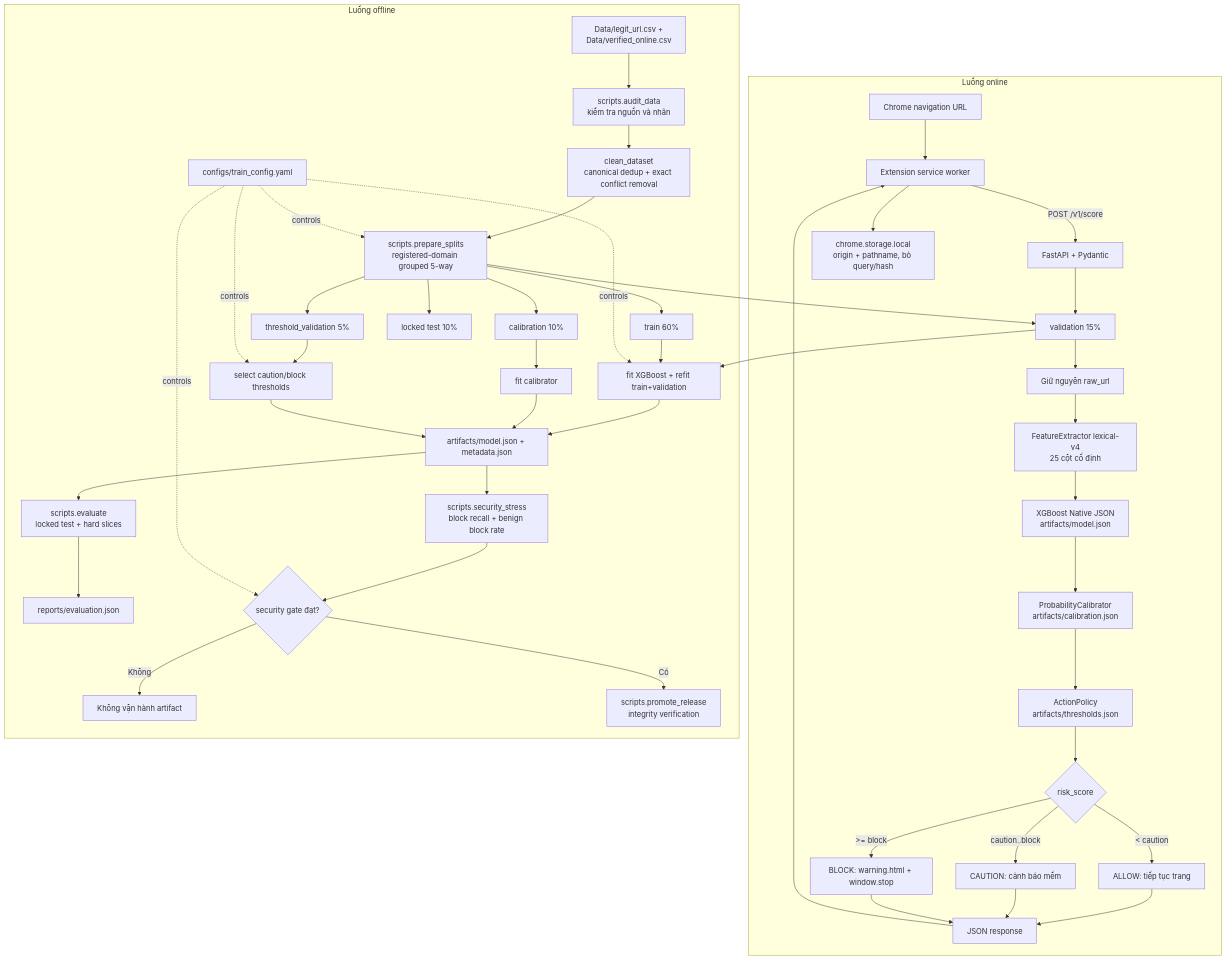
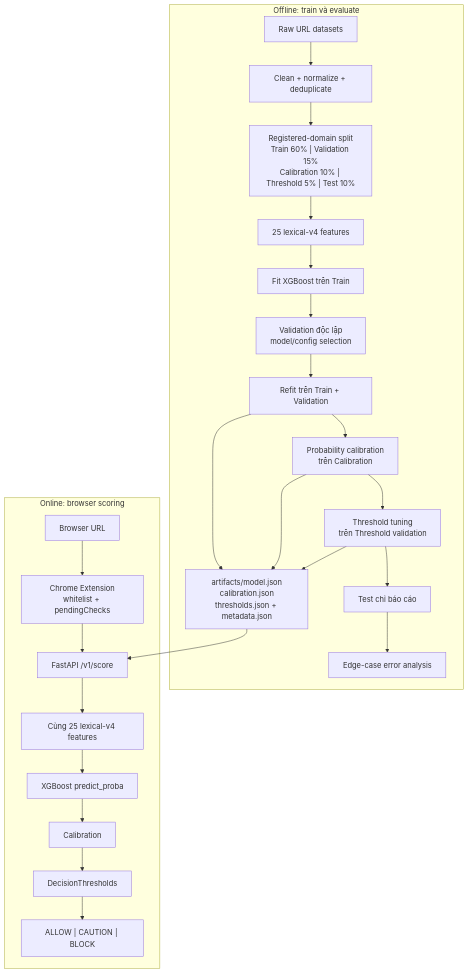
One commit to haminhthong/PhishGuard-Phishing-URL-Detection changed the diagram in README.md. Above: the diagram before and after it, drawn with Mermaid. The commit also changed other lines of this file and 26 other files, not shown here.

````diff
--- a/README.md
+++ b/README.md
@@ -32,50 +34,31 @@
 ```mermaid
 flowchart TD
-    subgraph ONLINE[Luồng online]
-        NAV[Chrome navigation URL] --> EXT[Extension service worker]
-        EXT -->|POST /v1/score| API[FastAPI + Pydantic]
-        API --> VALIDATE[HTTP/HTTPS, hostname, port, length]
-        VALIDATE --> RAW[Giữ nguyên raw_url]
-        RAW --> FEATURES[FeatureExtractor lexical-v4<br/>25 cột cố định]
-        FEATURES --> MODEL[XGBoost Native JSON<br/>artifacts/model.json]
-        MODEL --> CAL[ProbabilityCalibrator<br/>artifacts/calibration.json]
-        CAL --> POLICY[ActionPolicy<br/>artifacts/thresholds.json]
-        POLICY --> DECISION{risk_score}
-        DECISION -->|< caution| ALLOW[ALLOW: tiếp tục trang]
-        DECISION -->|caution..block| CAUTION[CAUTION: cảnh báo mềm]
-        DECISION -->|>= block| BLOCK[BLOCK: warning.html + window.stop]
-        ALLOW --> RESP[JSON response]
-        CAUTION --> RESP
-        BLOCK --> RESP
-        RESP --> EXT
-        EXT --> HISTORY[chrome.storage.local<br/>origin + pathname, bỏ query/hash]
+    subgraph OFFLINE["Offline: train và evaluate"]
+        RAW["Raw URL datasets"]
+        CLEAN["Clean + normalize + deduplicate"]
+        SPLIT["Registered-domain split<br/>Train 60% | Validation 15%<br/>Calibration 10% | Threshold 5% | Test 10%"]
+        FE["25 lexical-v4 features"]
+        FIT["Fit XGBoost trên Train"]
+        VAL["Validation độc lập<br/>model/config selection"]
+        REFIT["Refit trên Train + Validation"]
+        CAL["Probability calibration<br/>trên Calibration"]
+        TUNE["Threshold tuning<br/>trên Threshold validation"]
+        TEST["Test chỉ báo cáo"]
+        EDGE["Edge-case error analysis"]
+        ART["artifacts/model.json<br/>calibration.json<br/>thresholds.json + metadata.json"]
+        RAW --> CLEAN --> SPLIT --> FE --> FIT --> VAL --> REFIT --> CAL --> TUNE --> TEST --> EDGE
+        REFIT --> ART
+        CAL --> ART
+        TUNE --> ART
     end
-
-    subgraph OFFLINE[Luồng offline]
-        INPUT[Data/legit_url.csv +<br/>Data/verified_online.csv] --> AUDIT[scripts.audit_data<br/>kiểm tra nguồn và nhãn]
-        AUDIT --> CLEAN[clean_dataset<br/>canonical dedup + exact conflict removal]
-        CLEAN --> SPLIT[scripts.prepare_splits<br/>registered-domain grouped 5-way]
-        SPLIT --> TRAIN[train 60%]
-        SPLIT --> VALIDATE[validation 15%]
-        SPLIT --> CALDATA[calibration 10%]
-        SPLIT --> THRESHOLD[threshold_validation 5%]
-        SPLIT --> TEST[locked test 10%]
-        TRAIN --> FIT[fit XGBoost + refit train+validation]
-        VALIDATE --> FIT
-        CALDATA --> CALIBRATE[fit calibrator]
-        THRESHOLD --> SELECT[select caution/block thresholds]
-        FIT --> ARTIFACTS[artifacts/model.json + metadata.json]
-        CALIBRATE --> ARTIFACTS
-        SELECT --> ARTIFACTS
-        ARTIFACTS --> EVALUATE[scripts.evaluate<br/>locked test + hard slices]
-        ARTIFACTS --> STRESS[scripts.security_stress<br/>block recall + benign block rate]
-        EVALUATE --> REPORTS[reports/evaluation.json]
-        STRESS --> GATE{security gate đạt?}
-        GATE -->|Không| STOP[Không vận hành artifact]
-        GATE -->|Có| VERIFY[scripts.promote_release<br/>integrity verification]
-        CONFIG[configs/train_config.yaml] -. controls .-> SPLIT
-        CONFIG -. controls .-> FIT
-        CONFIG -. controls .-> SELECT
-        CONFIG -. controls .-> GATE
+    subgraph ONLINE["Online: browser scoring"]
+        URL["Browser URL"] --> EXT["Chrome Extension<br/>whitelist + pendingChecks"]
+        EXT --> API["FastAPI /v1/score"]
+        API --> OFE["Cùng 25 lexical-v4 features"]
+        OFE --> OSCORE["XGBoost predict_proba"]
+        OSCORE --> OCAL["Calibration"]
+        OCAL --> DECIDE["DecisionThresholds"]
+        DECIDE --> ACTION["ALLOW | CAUTION | BLOCK"]
+        ART --> API
     end
 ```
````
